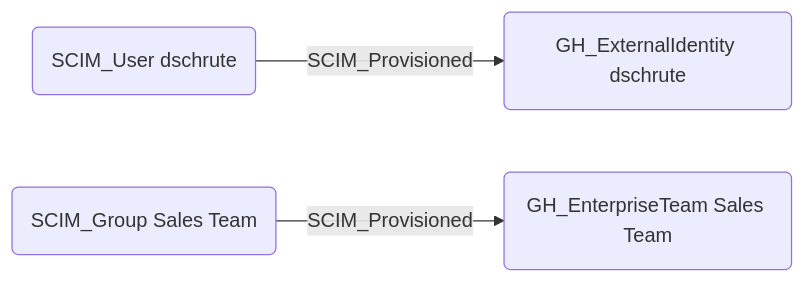
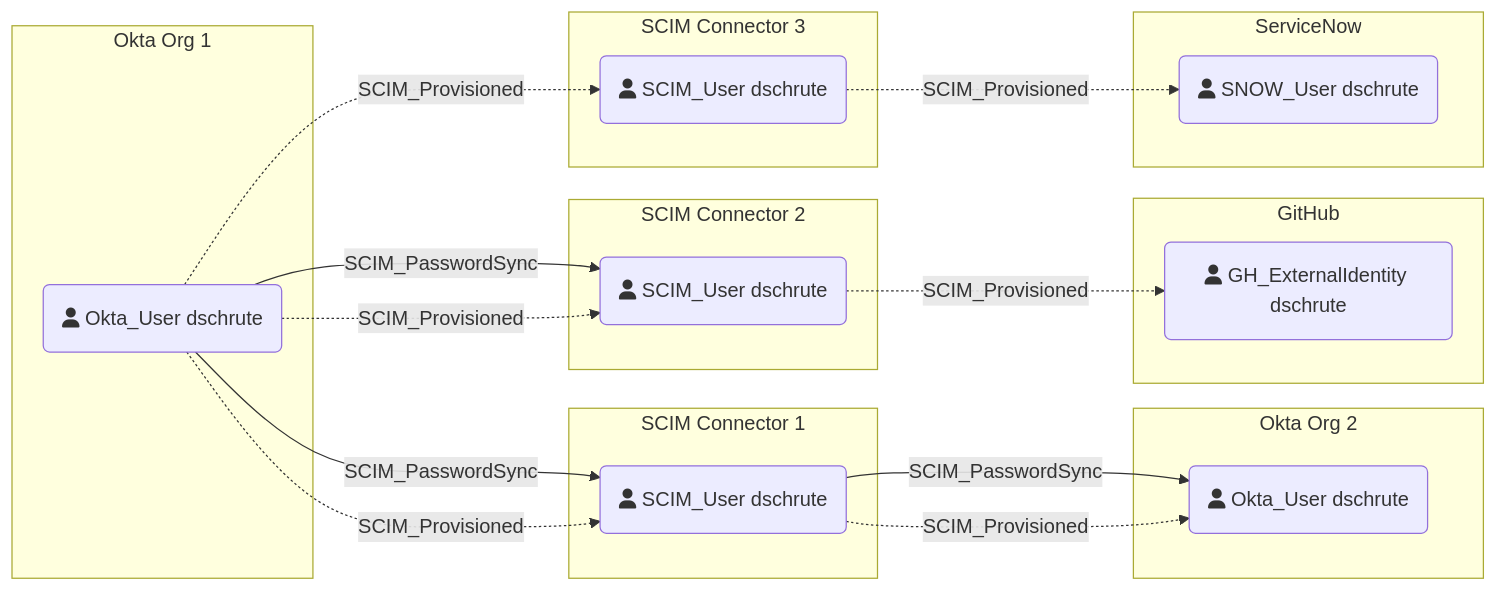
One commit to SpecterOps/bloodhound-scim-extension changed the diagram in docs/edges/SCIM_Provisioned.md. Above: the diagram before and after it, drawn with Mermaid. The commit also changed other lines of this file and 11 other files, not shown here.

Commit message:
Added MembershipSync and PasswordSync edges

````diff
--- a/docs/edges/SCIM_Provisioned.md
+++ b/docs/edges/SCIM_Provisioned.md
@@ -12,9 +18,40 @@
 ```mermaid
 graph LR
-    node1("SCIM_User dschrute")
-    node2("GH_ExternalIdentity dschrute")
-    node3("SCIM_Group Sales Team")
-    node4("GH_EnterpriseTeam Sales Team")
-    node1 -- SCIM_Provisioned --> node2
-    node3 -- SCIM_Provisioned --> node4
+    subgraph Okta Org 1
+        node7("fa:fa-user Okta_User dschrute")
+    end
+
+    subgraph SCIM Connector 1
+        node1("fa:fa-user SCIM_User dschrute")
+    end
+
+    subgraph SCIM Connector 2
+        node5("fa:fa-user SCIM_User dschrute")
+    end
+
+    subgraph SCIM Connector 3
+        node6("fa:fa-user SCIM_User dschrute")
+    end
+
+    subgraph Okta Org 2
+        node2("fa:fa-user Okta_User dschrute")
+    end
+
+    subgraph GitHub
+        node3("fa:fa-user GH_ExternalIdentity dschrute")
+    end
+
+    subgraph ServiceNow
+        node4("fa:fa-user SNOW_User dschrute")
+    end
+
+    node7 -- SCIM_PasswordSync --> node1
+    node7 -- SCIM_PasswordSync --> node5
+    node1 -- SCIM_PasswordSync --> node2
+    node7 -.->|SCIM_Provisioned| node1
+    node7 -.->|SCIM_Provisioned| node5
+    node7 -.->|SCIM_Provisioned| node6
+    node1 -.->|SCIM_Provisioned| node2
+    node5 -.->|SCIM_Provisioned| node3
+    node6 -.->|SCIM_Provisioned| node4
 ```
````
